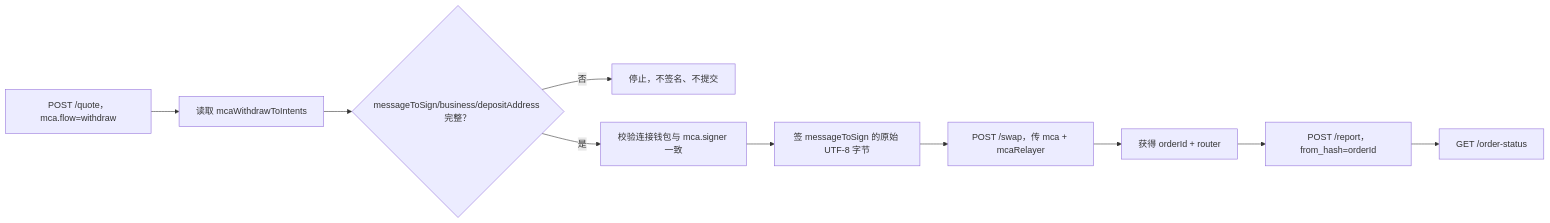
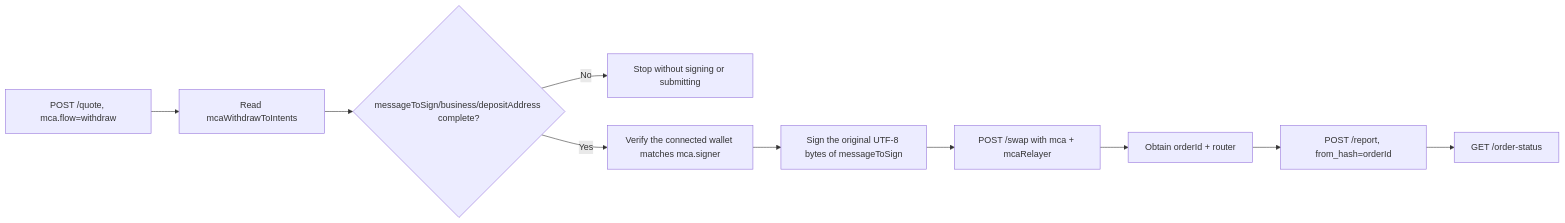
Before and after one commit to rhea-finance/rhea-sdk-docs: the fifth of 6 diagrams in MCA_SWAP_HTTP_API.md, drawn with Mermaid. The commit also changed other lines of this file, not shown here.

````diff
--- a/MCA_SWAP_HTTP_API.md
+++ b/MCA_SWAP_HTTP_API.md
@@ -826,12 +826,12 @@
 ```mermaid
 flowchart LR
-  Q["POST /quote，mca.flow=withdraw"] --> V["读取 mcaWithdrawToIntents"]
-  V --> C{"messageToSign/business/depositAddress 完整？"}
-  C -->|"否"| X["停止，不签名、不提交"]
-  C -->|"是"| I["校验连接钱包与 mca.signer 一致"]
-  I --> SG["签 messageToSign 的原始 UTF-8 字节"]
-  SG --> B["POST /swap，传 mca + mcaRelayer"]
-  B --> O["获得 orderId + router"]
-  O --> R["POST /report，from_hash=orderId"]
+  Q["POST /quote, mca.flow=withdraw"] --> V["Read mcaWithdrawToIntents"]
+  V --> C{"messageToSign/business/depositAddress complete?"}
+  C -->|"No"| X["Stop without signing or submitting"]
+  C -->|"Yes"| I["Verify the connected wallet matches mca.signer"]
+  I --> SG["Sign the original UTF-8 bytes of messageToSign"]
+  SG --> B["POST /swap with mca + mcaRelayer"]
+  B --> O["Obtain orderId + router"]
+  O --> R["POST /report, from_hash=orderId"]
   R --> S["GET /order-status"]
 ```
````
